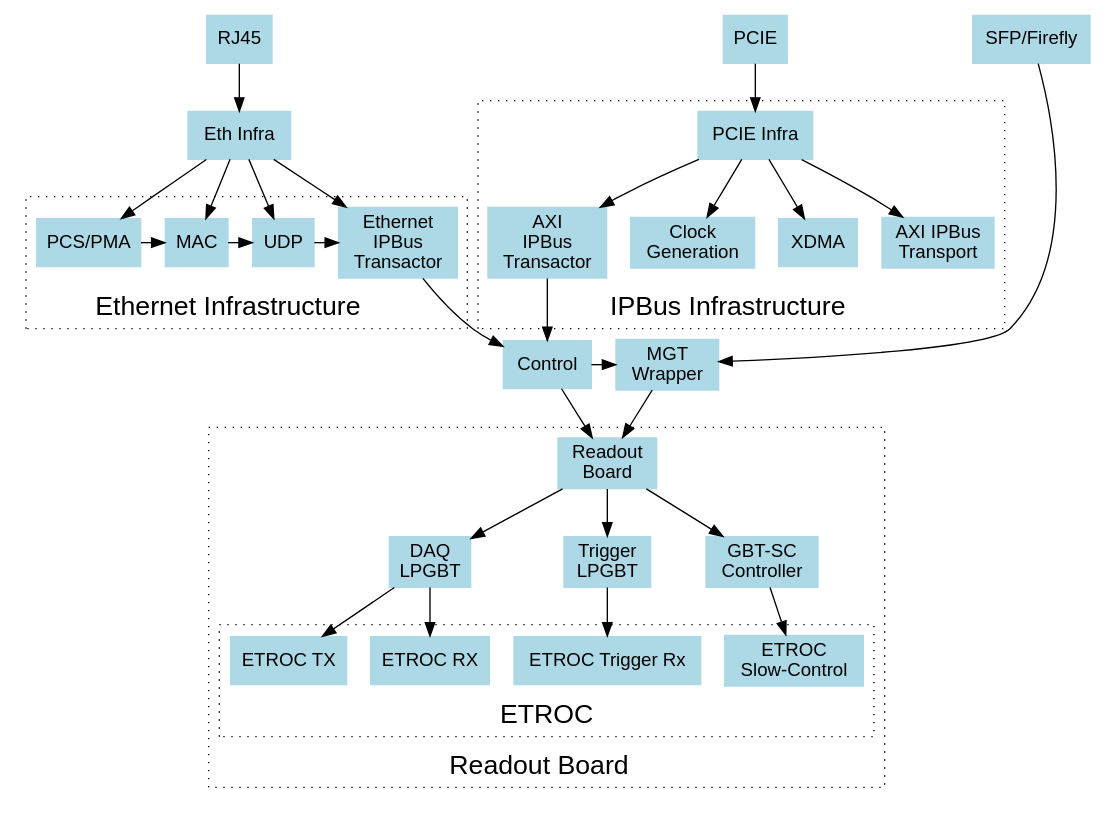
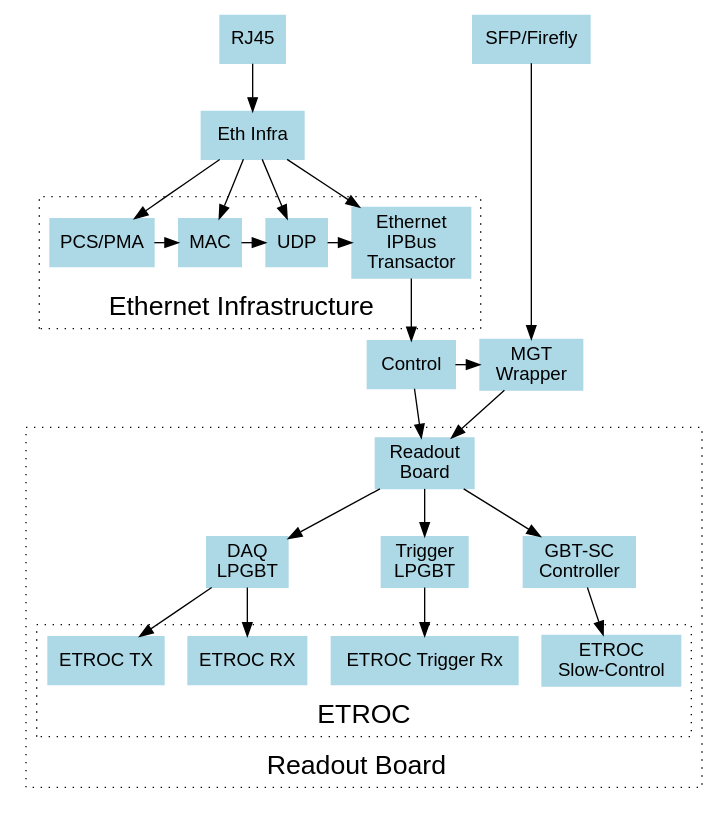
Before and after one commit to andrewpeck/etl_module_test_fw: the diagram in doc/structure/structure.gv, drawn with Graphviz. The commit also changed 1 other file, not shown here.

Commit message:
update structure diagram

```diff
--- a/doc/structure/structure.gv
+++ b/doc/structure/structure.gv
@@ -1,74 +1,75 @@
 digraph {
   graph [fontname = "helvetica"];
   node [fontname = "helvetica" style=filled color=lightblue];
   edge [fontname = "helvetica"];
   node [width=0.5 shape=rectangle];
 
-  {rank=same; "SFP/Firefly", "PCIE"}
+  // {rank=same; "RJ45", "SFP/Firefly", "PCIE"}
+  {rank=same; "RJ45", "SFP/Firefly"}
   {rank=same; "Control" , "MGT\nWrapper"}
 
   "RJ45" -> "Eth Infra"
   "Eth Infra" -> "PCS/PMA"
   "Eth Infra" -> "MAC"
   "Eth Infra" -> "UDP"
   "Eth Infra" -> "Ethernet\nIPBus\nTransactor"
   subgraph cluster_eth {
     graph[style=dotted];
     label=<<FONT POINT-SIZE="20">Ethernet Infrastructure</FONT>>
     labelloc="bot"
     "PCS/PMA" -> "MAC"
     MAC -> UDP
     UDP -> "Ethernet\nIPBus\nTransactor"
     {rank=same; "PCS/PMA" , "MAC" , "UDP", "Ethernet\nIPBus\nTransactor"}
   }
 
   "Control" -> "MGT\nWrapper"
   "Control" -> "Readout\nBoard"
 
-  "PCIE" -> "PCIE Infra"
-  subgraph cluster_PCIE {
-    graph[style=dotted];
-    label=<<FONT POINT-SIZE="20">IPBus Infrastructure</FONT>>
-    labelloc="bot"
-    "PCIE Infra" -> "AXI\nIPBus\nTransactor"
-    "PCIE Infra" -> "Clock\nGeneration"
-    "PCIE Infra" -> "XDMA"
-    "PCIE Infra" -> "AXI IPBus\nTransport"
-    //"XDMA" -> "AXI IPBus\nTransport" -> "IPBus\nTransactor"
-    //{rank=same; "XDMA" , "AXI IPBus\nTransport" , "IPBus\nTransactor"}
-  }
-  //"Control" -> "Readout\nBoards"
+  // "PCIE" -> "PCIE Infra"
+  // subgraph cluster_PCIE {
+  //   graph[style=dotted];
+  //   label=<<FONT POINT-SIZE="20">IPBus Infrastructure</FONT>>
+  //   labelloc="bot"
+  //   "PCIE Infra" -> "AXI\nIPBus\nTransactor"
+  //   "PCIE Infra" -> "Clock\nGeneration"
+  //   "PCIE Infra" -> "XDMA"
+  //   "PCIE Infra" -> "AXI IPBus\nTransport"
+  //   //"XDMA" -> "AXI IPBus\nTransport" -> "IPBus\nTransactor"
+  //   //{rank=same; "XDMA" , "AXI IPBus\nTransport" , "IPBus\nTransactor"}
+  // }
+  // //"Control" -> "Readout\nBoards"
 
 
   "SFP/Firefly" -> "MGT\nWrapper"
   "MGT\nWrapper" -> "Readout\nBoard"
 
   subgraph cluster_readout_board {
     graph[style=dotted];
     label=<<FONT POINT-SIZE="20">Readout Board</FONT>>
     labelloc="bot"
     "Readout\nBoard" -> "DAQ\nLPGBT"
     "Readout\nBoard" -> "Trigger\nLPGBT"
     "Readout\nBoard" -> "GBT-SC\nController"
 
     "GBT-SC\nController" -> "ETROC\nSlow-Control"
     "DAQ\nLPGBT" -> "ETROC TX"
     "DAQ\nLPGBT" -> "ETROC RX"
     "Trigger\nLPGBT" -> "ETROC Trigger Rx"
 
     subgraph cluster_etroc {
       graph[style=dotted];
       label=<<FONT POINT-SIZE="20">ETROC</FONT>>
       labelloc="bot"
       "ETROC\nSlow-Control"
       "ETROC TX"
       "ETROC RX"
       "ETROC Trigger Rx"
     }
   }
 
-  "AXI\nIPBus\nTransactor" -> "Control"
+  // "AXI\nIPBus\nTransactor" -> "Control"
   "Ethernet\nIPBus\nTransactor" -> "Control"
 
 
 }
```
